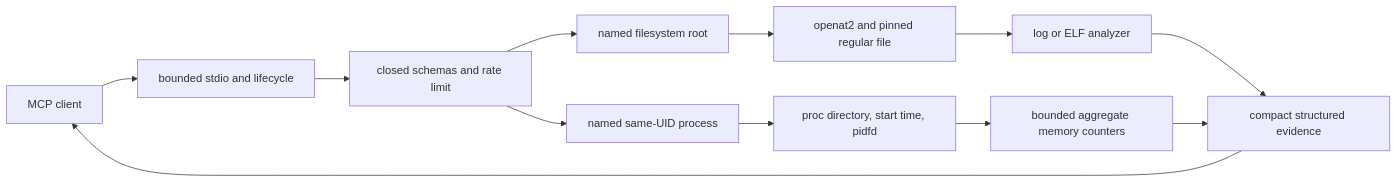
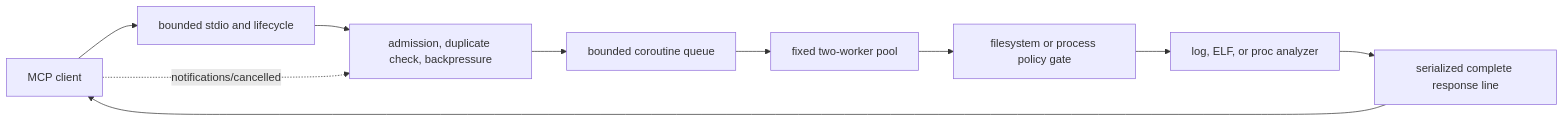
The diagram in README.md (kabbersokhi-boop/native-mcp-sandbox), drawn with Mermaid before and after one commit. The commit also changed other lines of this file and 30 other files, not shown here.

Commit message:
Add bounded coroutine orchestration

````diff
--- a/README.md
+++ b/README.md
@@ -235,14 +264,12 @@
 ```mermaid
 flowchart LR
     A["MCP client"] --> B["bounded stdio and lifecycle"]
-    B --> C["closed schemas and rate limit"]
-    C --> D["named filesystem root"]
-    C --> E["named same-UID process"]
-    D --> F["openat2 and pinned regular file"]
-    E --> G["proc directory, start time, pidfd"]
-    F --> H["log or ELF analyzer"]
-    G --> I["bounded aggregate memory counters"]
-    H --> J["compact structured evidence"]
-    I --> J
-    J --> A
+    B --> C["admission, duplicate check, backpressure"]
+    C --> D["bounded coroutine queue"]
+    D --> E["fixed two-worker pool"]
+    A -. "notifications/cancelled" .-> C
+    E --> F["filesystem or process policy gate"]
+    F --> G["log, ELF, or proc analyzer"]
+    G --> H["serialized complete response line"]
+    H --> A
 ```
````
